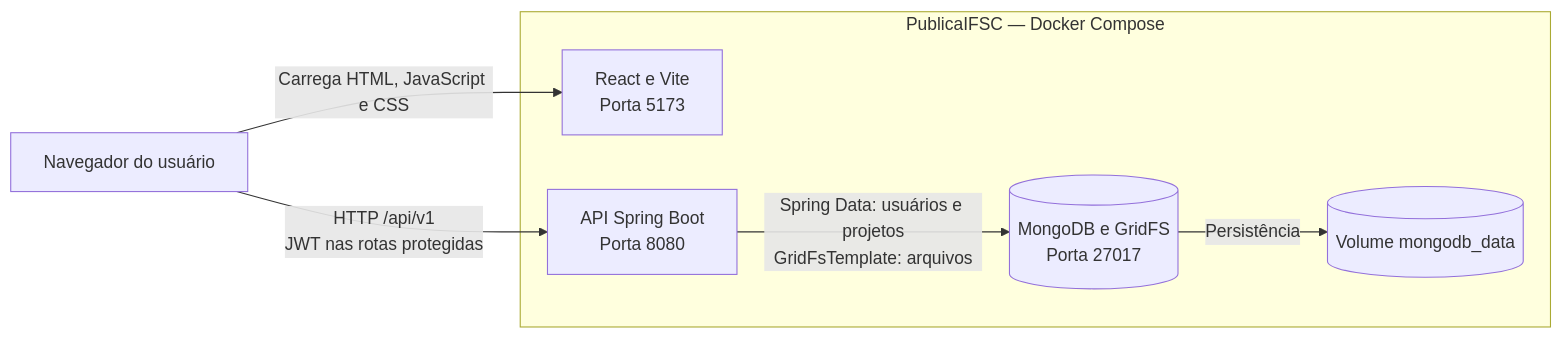
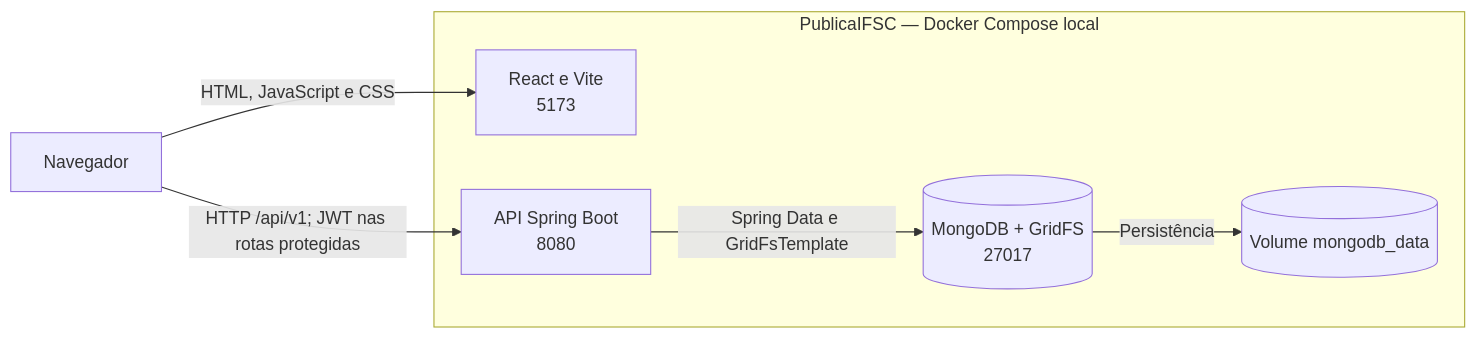
Before and after one commit to IFSC-ES2/es2-2026_2-equipe-4: the diagram in docs/diagramas/conteineres.md, drawn with Mermaid. The commit also changed other lines of this file and 1 other file, not shown here.

Commit message:
docs: diagramas: explicação

````diff
--- a/docs/diagramas/conteineres.md
+++ b/docs/diagramas/conteineres.md
@@ -6,14 +6,14 @@
 ```mermaid
 flowchart LR
-    navegador["Navegador do usuário"]
-    subgraph sistema["PublicaIFSC — Docker Compose"]
-        frontend["React e Vite<br/>Porta 5173"]
-        api["API Spring Boot<br/>Porta 8080"]
-        banco[("MongoDB e GridFS<br/>Porta 27017")]
+    navegador["Navegador"]
+    subgraph compose["PublicaIFSC — Docker Compose local"]
+        frontend["React e Vite<br/>5173"]
+        api["API Spring Boot<br/>8080"]
+        mongo[("MongoDB + GridFS<br/>27017")]
         volume[("Volume mongodb_data")]
-        api -->|"Spring Data: usuários e projetos<br/>GridFsTemplate: arquivos"| banco
-        banco -->|"Persistência"| volume
+        api -->|"Spring Data e GridFsTemplate"| mongo
+        mongo -->|"Persistência"| volume
     end
-    navegador -->|"Carrega HTML, JavaScript e CSS"| frontend
-    navegador -->|"HTTP /api/v1<br/>JWT nas rotas protegidas"| api
+    navegador -->|"HTML, JavaScript e CSS"| frontend
+    navegador -->|"HTTP /api/v1; JWT nas rotas protegidas"| api
 ```
````
